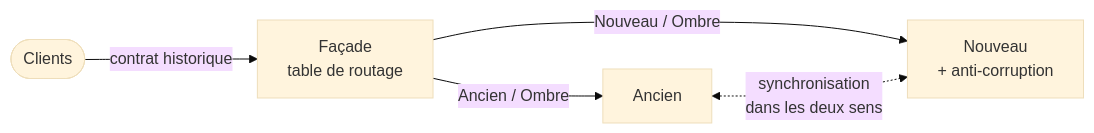
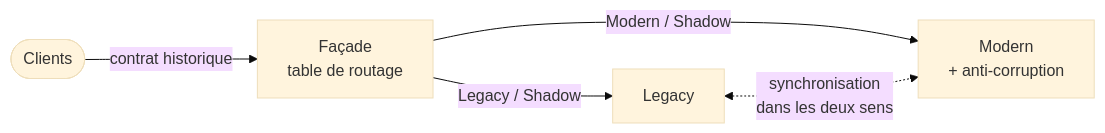
One commit to drangoht/ArchitecturesDemo changed the diagram in Docs/fiches/22-strangler-fig.md. Above: the diagram before and after it, drawn with Mermaid (base theme). The commit also changed 70 other files, not shown here.

Commit message:
Docs FR : identifiants, liens, diagrammes et sorties alignés sur le code anglais

````diff
--- a/Docs/fiches/22-strangler-fig.md
+++ b/Docs/fiches/22-strangler-fig.md
@@ -10,7 +10,7 @@
 ```mermaid
 flowchart LR
     CL(["Clients"]) -->|"contrat historique"| FA["Façade<br/>table de routage"]
-    FA -->|"Ancien / Ombre"| AN["Ancien"]
-    FA -->|"Nouveau / Ombre"| NO["Nouveau<br/>+ anti-corruption"]
+    FA -->|"Legacy / Shadow"| AN["Legacy"]
+    FA -->|"Modern / Shadow"| NO["Modern<br/>+ anti-corruption"]
     AN <-.->|"synchronisation<br/>dans les deux sens"| NO
 ```
````
